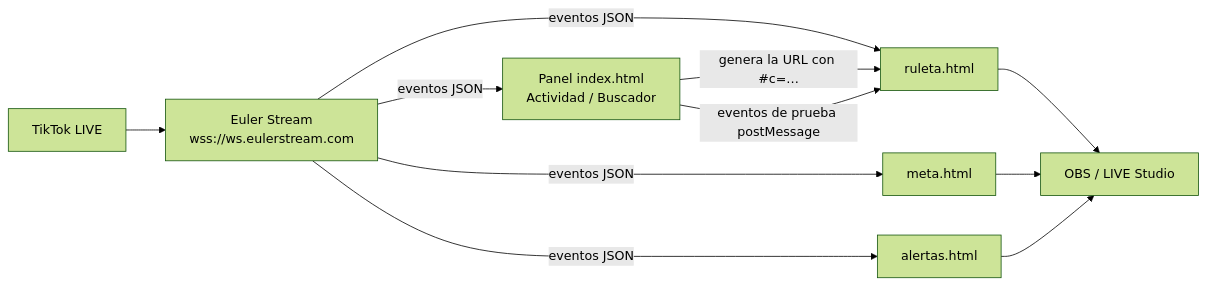
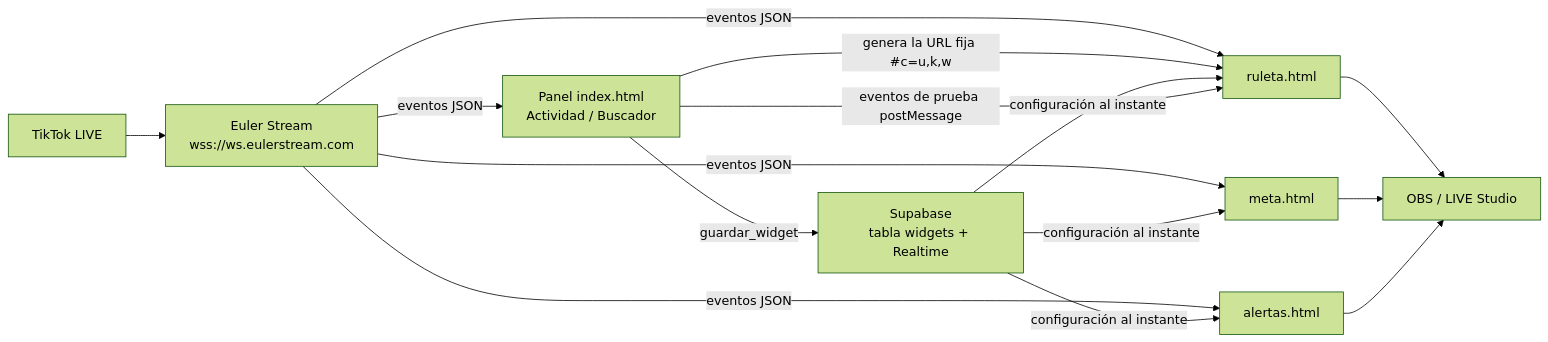
Before and after one commit to ardiladev/live-tools: the first of 2 diagrams in README.md, drawn with Mermaid (forest theme). The commit also changed other lines of this file and 16 other files, not shown here.

First line of the commit message:
Cambios en vivo con Supabase: la URL de cada widget se copia una sola vez

````diff
--- a/README.md
+++ b/README.md
@@ -97,13 +107,17 @@
 ```mermaid
 flowchart LR
   TT[TikTok LIVE] --> EU[Euler Stream<br/>wss://ws.eulerstream.com]
   EU -->|eventos JSON| W1[ruleta.html]
   EU -->|eventos JSON| W2[meta.html]
   EU -->|eventos JSON| W3[alertas.html]
   EU -->|eventos JSON| P[Panel index.html<br/>Actividad / Buscador]
-  P -->|genera la URL con #c=…| W1
+  P -->|genera la URL fija #c=u,k,w| W1
+  P -->|guardar_widget| SB[Supabase<br/>tabla widgets + Realtime]
+  SB -->|configuración al instante| W1
+  SB -->|configuración al instante| W2
+  SB -->|configuración al instante| W3
   P -->|eventos de prueba postMessage| W1
   W1 --> OBS[OBS / LIVE Studio]
   W2 --> OBS
   W3 --> OBS
 ```
````
